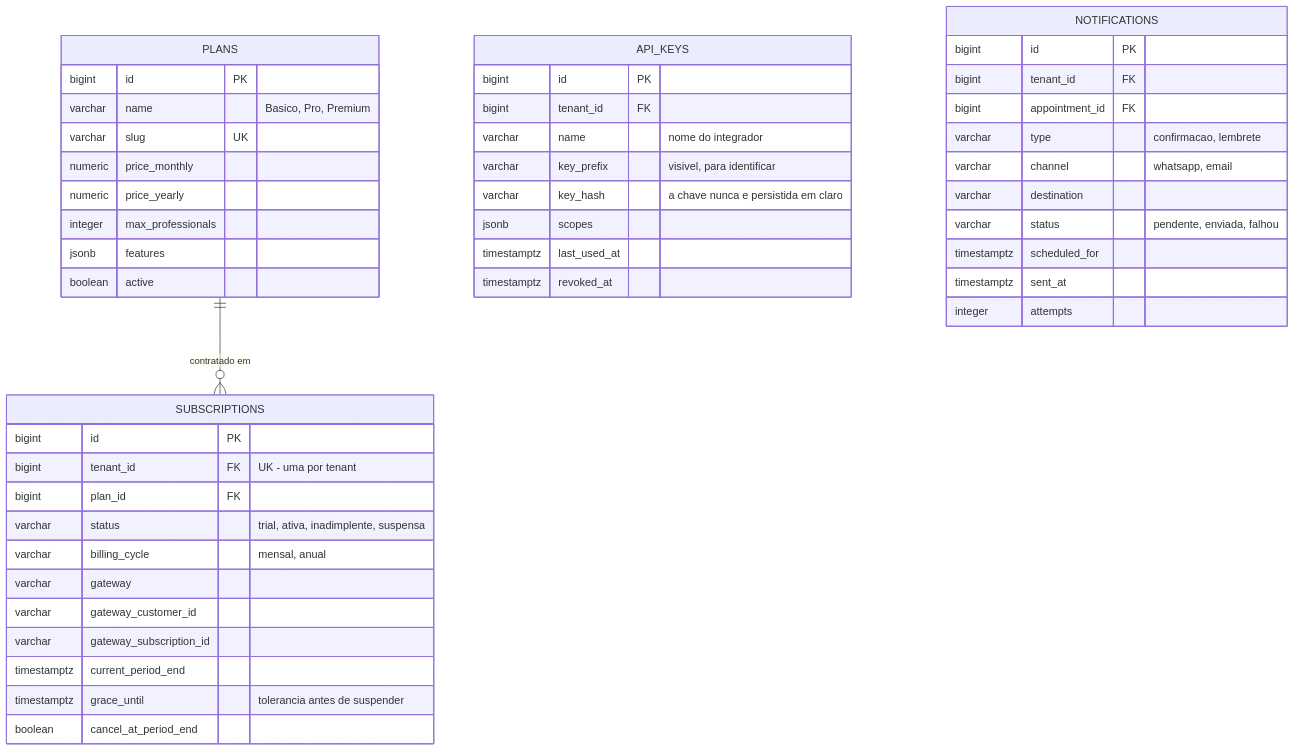
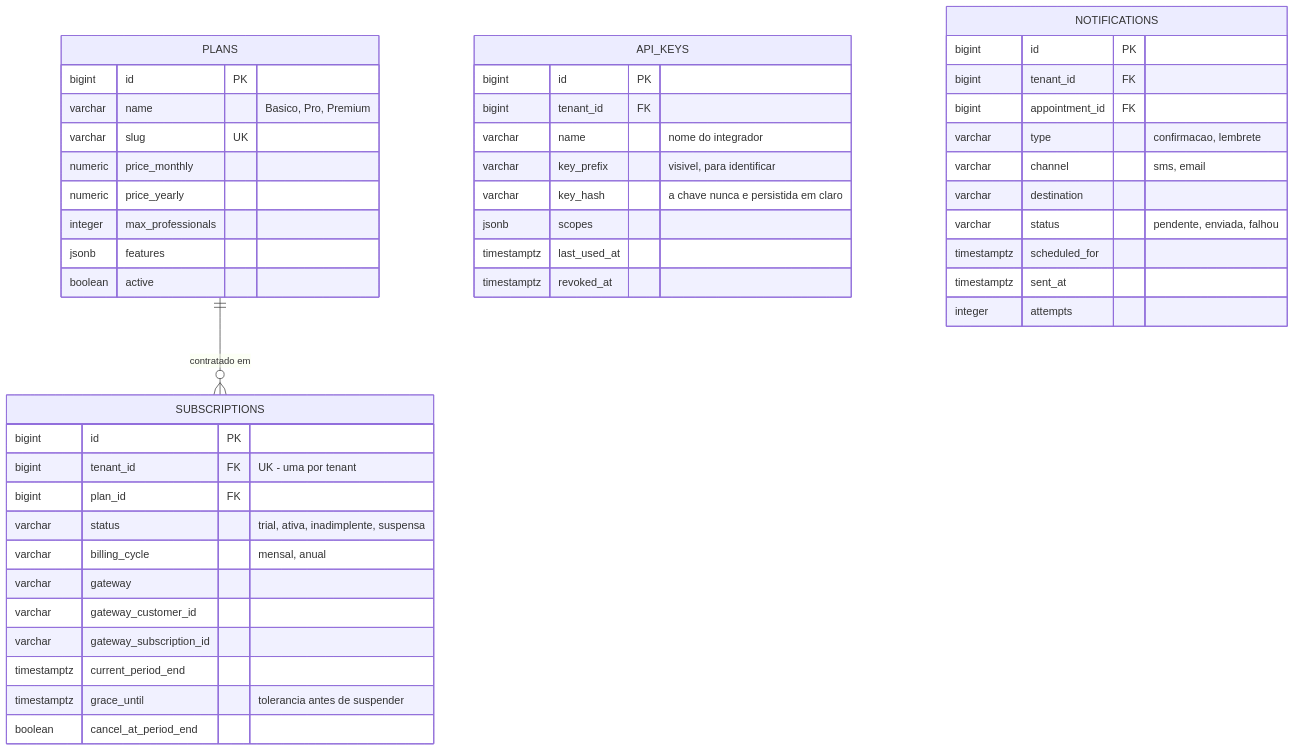
One commit to viniMirandaCpro/agennix changed the fourth of 4 diagrams in docs/modelagem.md. Above: the diagram before and after it, drawn with Mermaid. The commit also changed other lines of this file and 2 other files, not shown here.

Commit message:
docs: historia 5.3 passa de WhatsApp para SMS (Twilio), design e plano

````diff
--- a/docs/modelagem.md
+++ b/docs/modelagem.md
@@ -259,50 +259,50 @@
 ```mermaid
 erDiagram
     PLANS {
         bigint id PK
         varchar name "Basico, Pro, Premium"
         varchar slug UK
         numeric price_monthly
         numeric price_yearly
         integer max_professionals
         jsonb features
         boolean active
     }
     SUBSCRIPTIONS {
         bigint id PK
         bigint tenant_id FK "UK - uma por tenant"
         bigint plan_id FK
         varchar status "trial, ativa, inadimplente, suspensa"
         varchar billing_cycle "mensal, anual"
         varchar gateway
         varchar gateway_customer_id
         varchar gateway_subscription_id
         timestamptz current_period_end
         timestamptz grace_until "tolerancia antes de suspender"
         boolean cancel_at_period_end
     }
     API_KEYS {
         bigint id PK
         bigint tenant_id FK
         varchar name "nome do integrador"
         varchar key_prefix "visivel, para identificar"
         varchar key_hash "a chave nunca e persistida em claro"
         jsonb scopes
         timestamptz last_used_at
         timestamptz revoked_at
     }
     NOTIFICATIONS {
         bigint id PK
         bigint tenant_id FK
         bigint appointment_id FK
         varchar type "confirmacao, lembrete"
-        varchar channel "whatsapp, email"
+        varchar channel "sms, email"
         varchar destination
         varchar status "pendente, enviada, falhou"
         timestamptz scheduled_for
         timestamptz sent_at
         integer attempts
     }
 
     PLANS ||--o{ SUBSCRIPTIONS : "contratado em"
 ```
````
